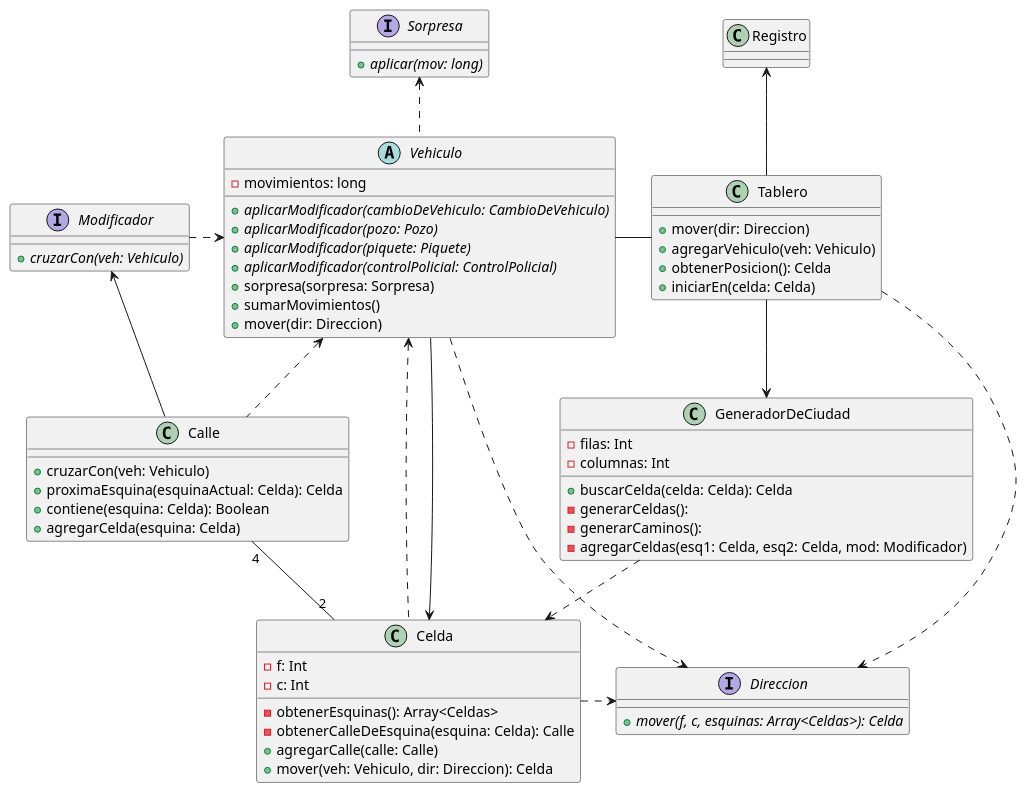
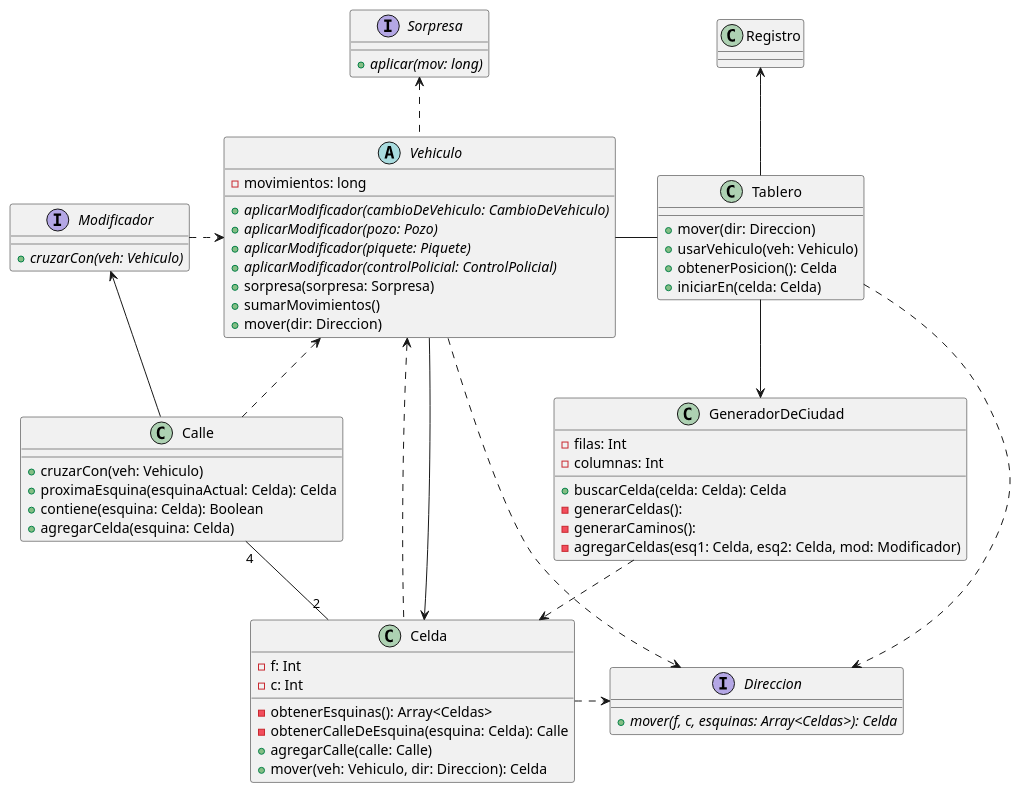
The first of 4 diagrams in diagrams/classes/modelo/modelo.plantuml (emtello/algo3_tp2_1C2022), drawn with PlantUML before and after one commit. The commit also changed 17 other files, not shown here.

```diff
--- a/diagrams/classes/modelo/modelo.plantuml
+++ b/diagrams/classes/modelo/modelo.plantuml
@@ -1,79 +1,79 @@
 @startuml modelo-actual
 
 class Tablero {
     + mover(dir: Direccion)
-    + agregarVehiculo(veh: Vehiculo)
+    + usarVehiculo(veh: Vehiculo)
     + obtenerPosicion(): Celda
     + iniciarEn(celda: Celda)
 }
 
 class Calle {
     + cruzarCon(veh: Vehiculo)
     + proximaEsquina(esquinaActual: Celda): Celda
     + contiene(esquina: Celda): Boolean
     + agregarCelda(esquina: Celda)
 }
 
 abstract Vehiculo {
     - movimientos: long
 
     + {abstract} aplicarModificador(cambioDeVehiculo: CambioDeVehiculo)
     + {abstract} aplicarModificador(pozo: Pozo)
     + {abstract} aplicarModificador(piquete: Piquete)
     + {abstract} aplicarModificador(controlPolicial: ControlPolicial)
     + sorpresa(sorpresa: Sorpresa)
     + sumarMovimientos()
     + mover(dir: Direccion)
 }
 
 interface Sorpresa {
     + {abstract} aplicar(mov: long)
 }
 
 interface Modificador {
     + {abstract} cruzarCon(veh: Vehiculo)
 }
 
 class Celda {
     - f: Int
     - c: Int
 
     - obtenerEsquinas(): Array<Celdas>
     - obtenerCalleDeEsquina(esquina: Celda): Calle
     + agregarCalle(calle: Calle)
     + mover(veh: Vehiculo, dir: Direccion): Celda
 }
 
 class Registro {
 
 }
 
 class GeneradorDeCiudad {
     - filas: Int
     - columnas: Int
     + buscarCelda(celda: Celda): Celda
     - generarCeldas():
     - generarCaminos():
     - agregarCeldas(esq1: Celda, esq2: Celda, mod: Modificador)
 }
 
 interface Direccion {
     + {abstract} mover(f, c, esquinas: Array<Celdas>): Celda
 }
 
 Calle .up.> Vehiculo
 Celda .left.> Vehiculo
 Vehiculo ..> Direccion
 Vehiculo .up.> Sorpresa
 Tablero -left- Vehiculo
 Tablero --> GeneradorDeCiudad
 GeneradorDeCiudad .down.> Celda
 Vehiculo --> Celda
 Tablero -up-> Registro
 Calle -up-> Modificador
 Modificador .right.> Vehiculo
 Celda "2" -left- "4" Calle
 Tablero ..> Direccion
 Celda .right.> Direccion
 
 @enduml
```
